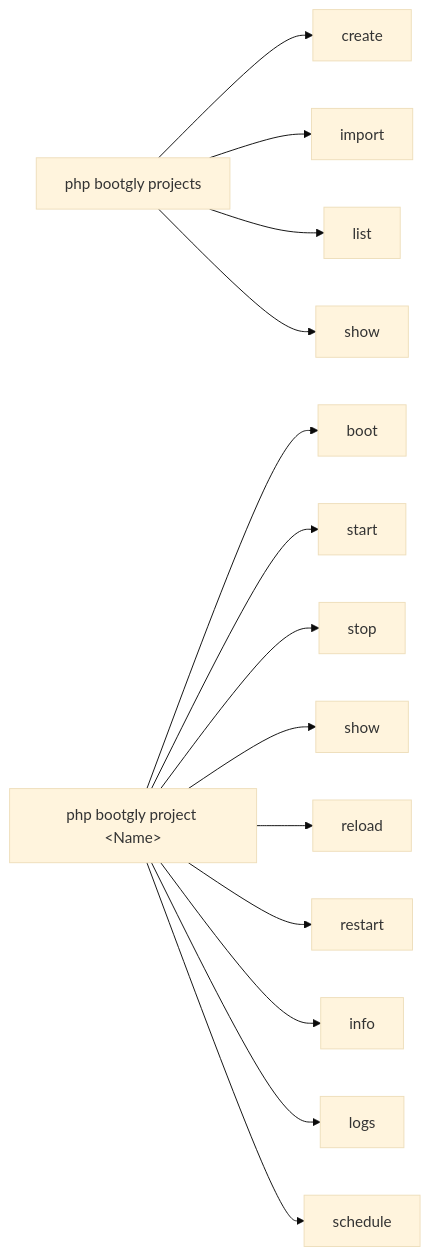
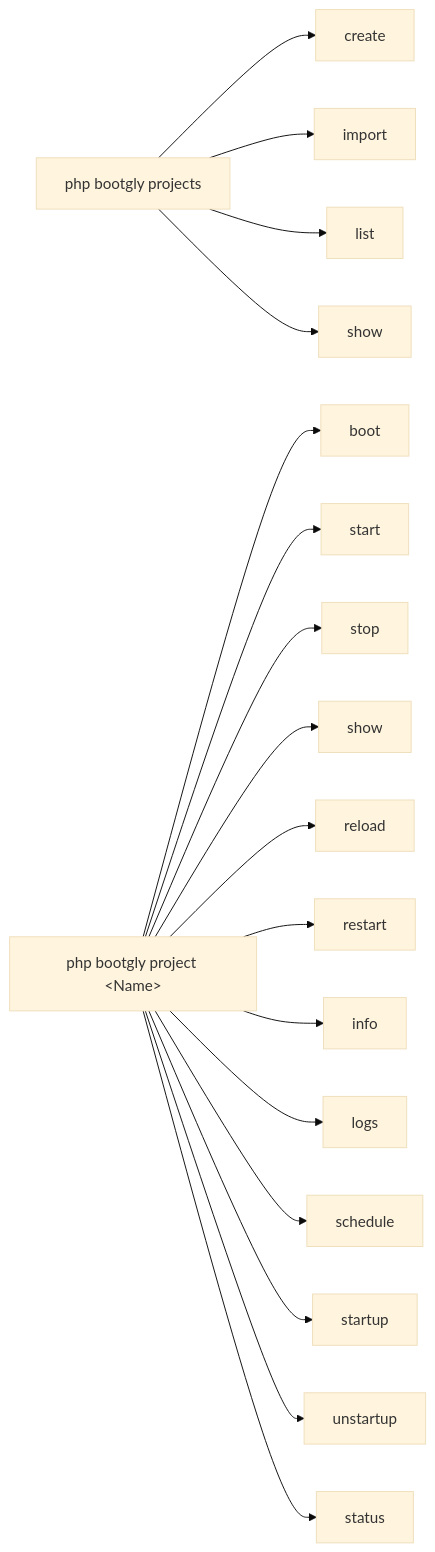
The first of 2 diagrams in src/pages/manual/Bootgly/essential/projects.overview.en-US.md (bootgly/bootgly_docs), drawn with Mermaid (base theme) before and after one commit. The commit also changed other lines of this file and 1 other file, not shown here.

Commit message:
docs(manual): document project startup, unstartup and status

````diff
--- a/src/pages/manual/Bootgly/essential/projects.overview.en-US.md
+++ b/src/pages/manual/Bootgly/essential/projects.overview.en-US.md
@@ -134,18 +134,21 @@
 ```mermaid
 graph LR
   projects["php bootgly projects"]
   projects --> create["create"]
   projects --> import["import"]
   projects --> list["list"]
   projects --> ps["show"]
   project["php bootgly project &lt;Name&gt;"]
   project --> boot["boot"]
   project --> start["start"]
   project --> stop["stop"]
   project --> show["show"]
   project --> reload["reload"]
   project --> restart["restart"]
   project --> info["info"]
   project --> logs["logs"]
   project --> schedule["schedule"]
+  project --> startup["startup"]
+  project --> unstartup["unstartup"]
+  project --> status["status"]
 ```
````
